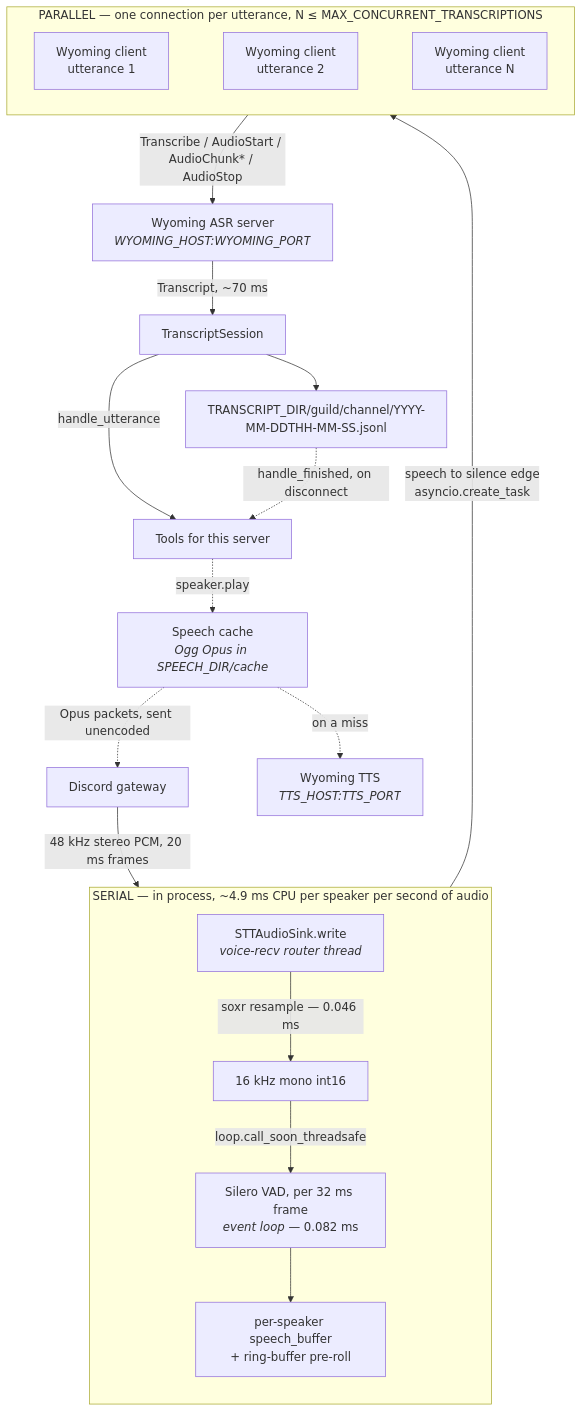
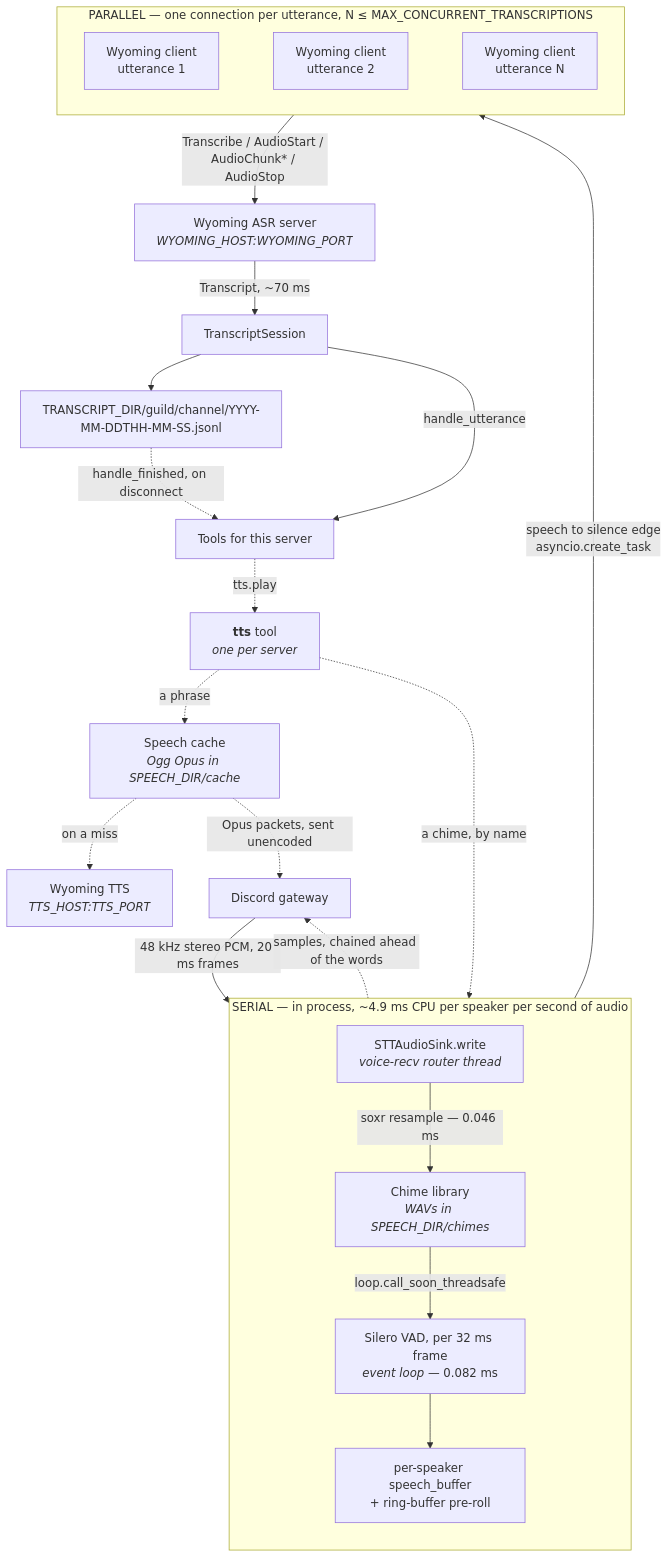
One commit to arychj/miss-quote changed the diagram in README.md. Above: the diagram before and after it, drawn with Mermaid. The commit also changed other lines of this file and 14 other files, not shown here.

````diff
--- a/README.md
+++ b/README.md
@@ -20,33 +20,36 @@
 ```mermaid
 graph TD
     A["Discord gateway"] -->|"48 kHz stereo PCM, 20 ms frames"| B
 
     subgraph LOCAL["SERIAL &mdash; in process, ~4.9 ms CPU per speaker per second of audio"]
         direction TB
         B["STTAudioSink.write<br/><i>voice-recv router thread</i>"]
         B -->|"soxr resample &mdash; 0.046 ms"| C["16 kHz mono int16"]
         C -->|"loop.call_soon_threadsafe"| D["Silero VAD, per 32 ms frame<br/><i>event loop</i> &mdash; 0.082 ms"]
         D --> E["per-speaker speech_buffer<br/>+ ring-buffer pre-roll"]
     end
 
     E -->|"speech to silence edge<br/>asyncio.create_task"| REMOTE
 
     subgraph REMOTE["PARALLEL &mdash; one connection per utterance, N &le; MAX_CONCURRENT_TRANSCRIPTIONS"]
         direction LR
         F["Wyoming client<br/>utterance 1"]
         G["Wyoming client<br/>utterance 2"]
         H["Wyoming client<br/>utterance N"]
         F ~~~ G ~~~ H
     end
 
     REMOTE -->|"Transcribe / AudioStart / AudioChunk* / AudioStop"| I
 
     I["Wyoming ASR server<br/><i>WYOMING_HOST:WYOMING_PORT</i>"] -->|"Transcript, ~70 ms"| J["TranscriptSession"]
     J --> K["TRANSCRIPT_DIR/guild/channel/YYYY-MM-DDTHH-MM-SS.jsonl"]
     J -->|"handle_utterance"| L["Tools for this server"]
     K -.->|"handle_finished, on disconnect"| L
 
-    L -.->|"speaker.play"| M["Speech cache<br/><i>Ogg Opus in SPEECH_DIR/cache</i>"]
+    L -.->|"tts.play"| T["<b>tts</b> tool<br/><i>one per server</i>"]
+    T -.->|"a phrase"| M["Speech cache<br/><i>Ogg Opus in SPEECH_DIR/cache</i>"]
+    T -.->|"a chime, by name"| C["Chime library<br/><i>WAVs in SPEECH_DIR/chimes</i>"]
     M -.->|"on a miss"| N["Wyoming TTS<br/><i>TTS_HOST:TTS_PORT</i>"]
     M -.->|"Opus packets, sent unencoded"| A
+    C -.->|"samples, chained ahead of the words"| A
 ```
````
